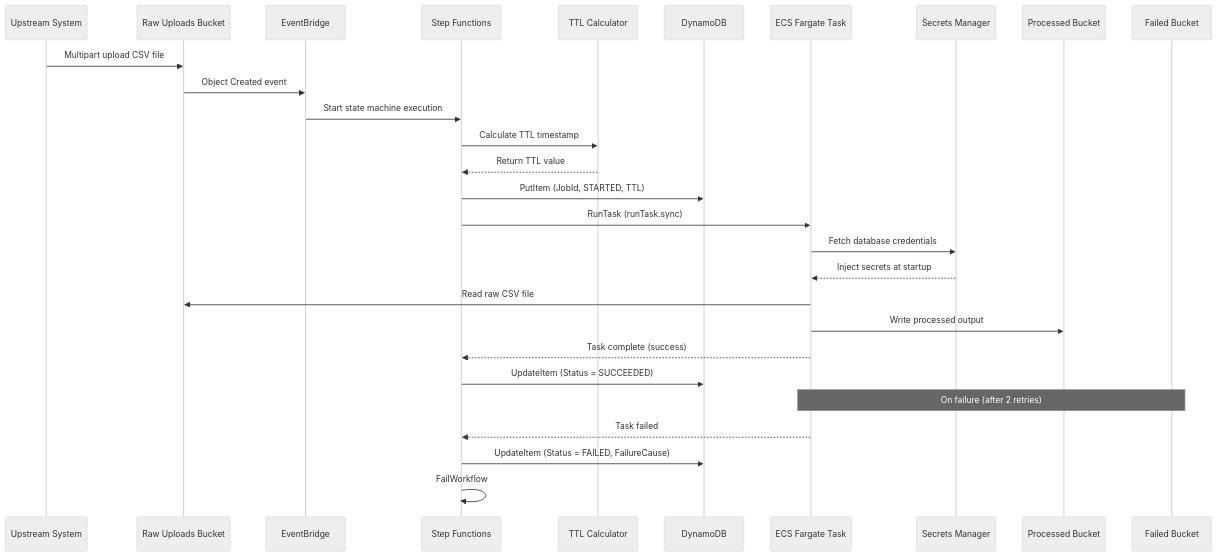
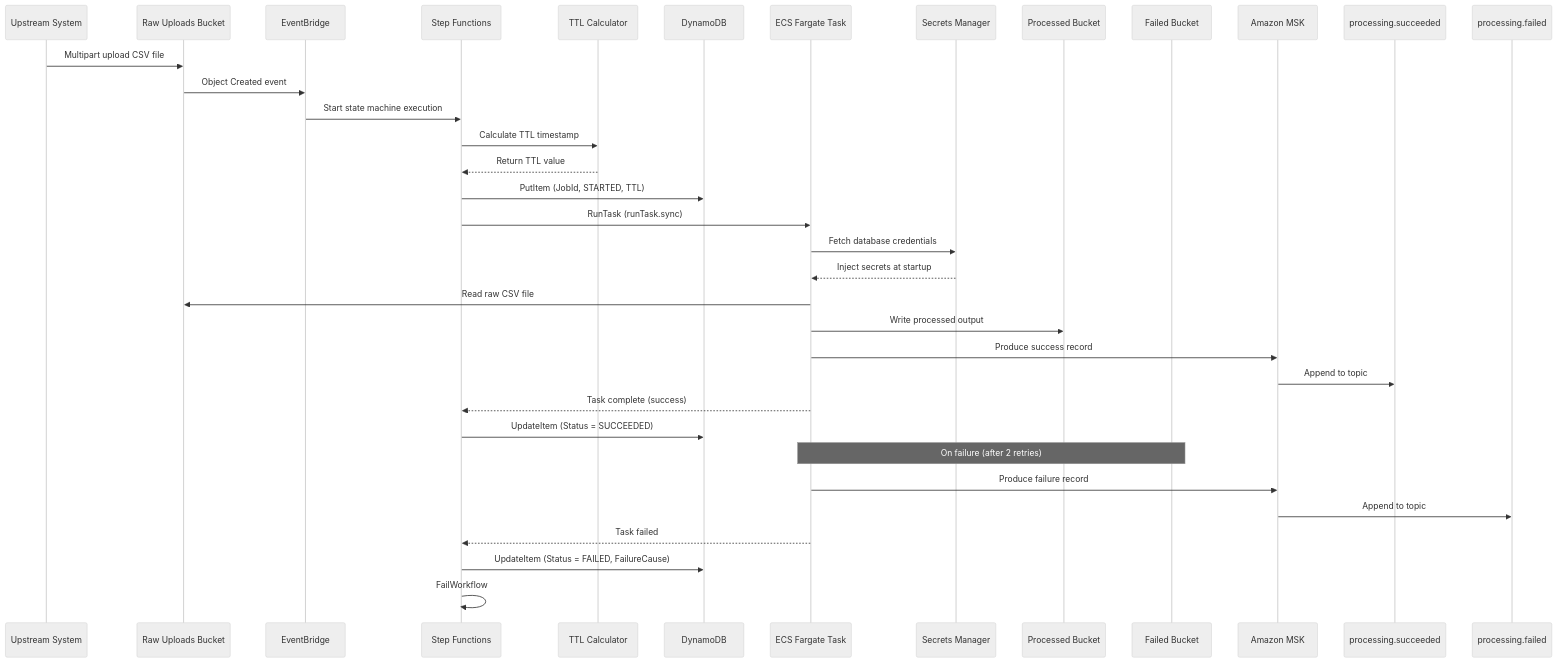
Before and after one commit to tukue/data-platform-infrastructure-project2: the second of 2 diagrams in README.md, drawn with Mermaid (neutral theme). The commit also changed other lines of this file, not shown here.

First line of the commit message:
Update README with MSK streaming output documentation

````diff
--- a/README.md
+++ b/README.md
@@ -530,32 +530,39 @@
 ```mermaid
 sequenceDiagram
     participant U as Upstream System
     participant S3 as Raw Uploads Bucket
     participant EB as EventBridge
     participant SFN as Step Functions
     participant Lambda as TTL Calculator
     participant DDB as DynamoDB
     participant ECS as ECS Fargate Task
     participant SM as Secrets Manager
     participant PROC as Processed Bucket
     participant FAIL as Failed Bucket
+    participant MSK as Amazon MSK
+    participant SUCCESS as processing.succeeded
+    participant FAILURE as processing.failed
 
     U->>S3: Multipart upload CSV file
     S3->>EB: Object Created event
     EB->>SFN: Start state machine execution
     SFN->>Lambda: Calculate TTL timestamp
     Lambda-->>SFN: Return TTL value
     SFN->>DDB: PutItem (JobId, STARTED, TTL)
     SFN->>ECS: RunTask (runTask.sync)
     ECS->>SM: Fetch database credentials
     SM-->>ECS: Inject secrets at startup
     ECS->>S3: Read raw CSV file
     ECS->>PROC: Write processed output
+    ECS->>MSK: Produce success record
+    MSK->>SUCCESS: Append to topic
     ECS-->>SFN: Task complete (success)
     SFN->>DDB: UpdateItem (Status = SUCCEEDED)
 
     Note over ECS,FAIL: On failure (after 2 retries)
+    ECS->>MSK: Produce failure record
+    MSK->>FAILURE: Append to topic
     ECS-->>SFN: Task failed
     SFN->>DDB: UpdateItem (Status = FAILED, FailureCause)
     SFN->>SFN: FailWorkflow
 ```
````
